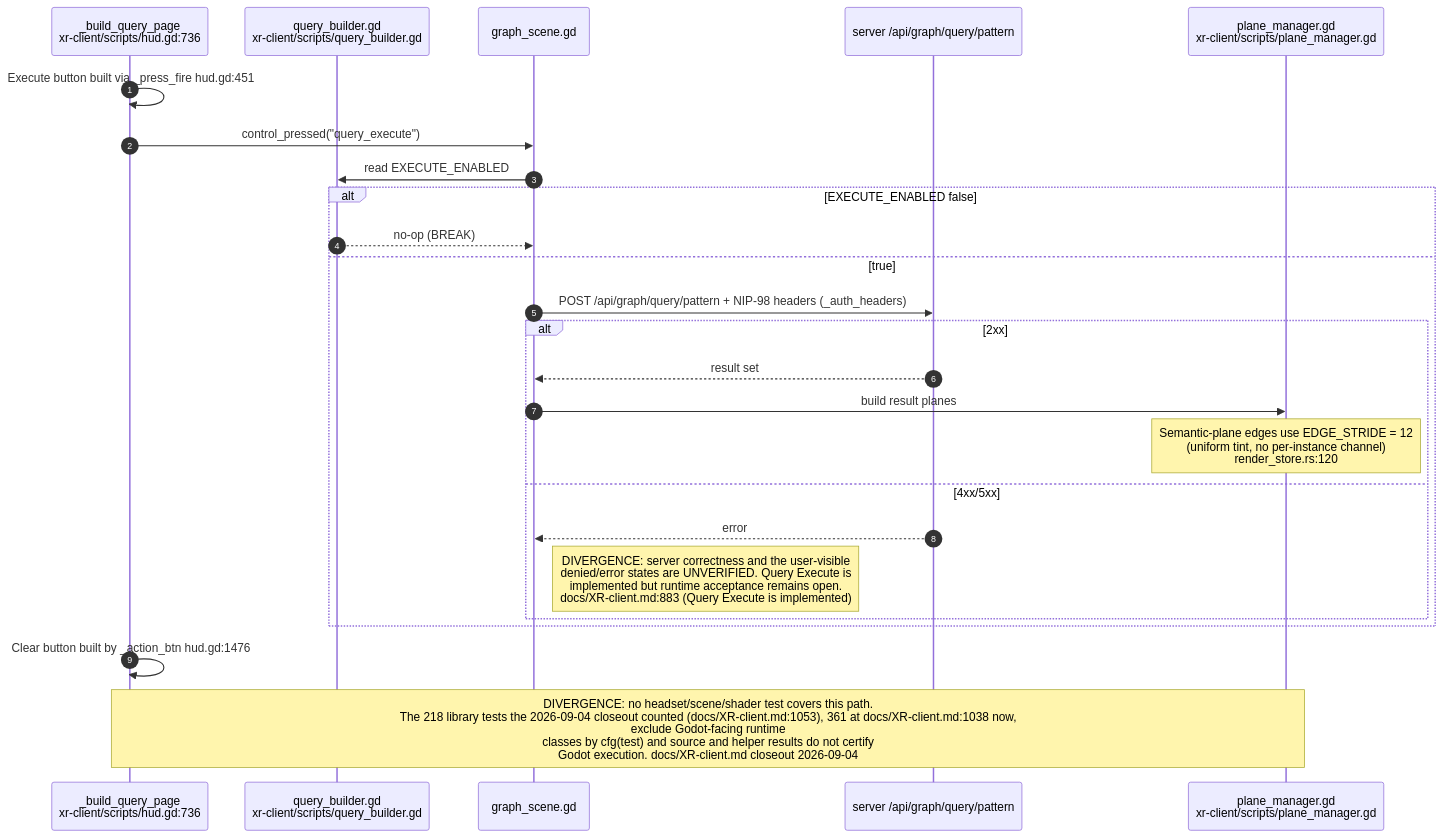
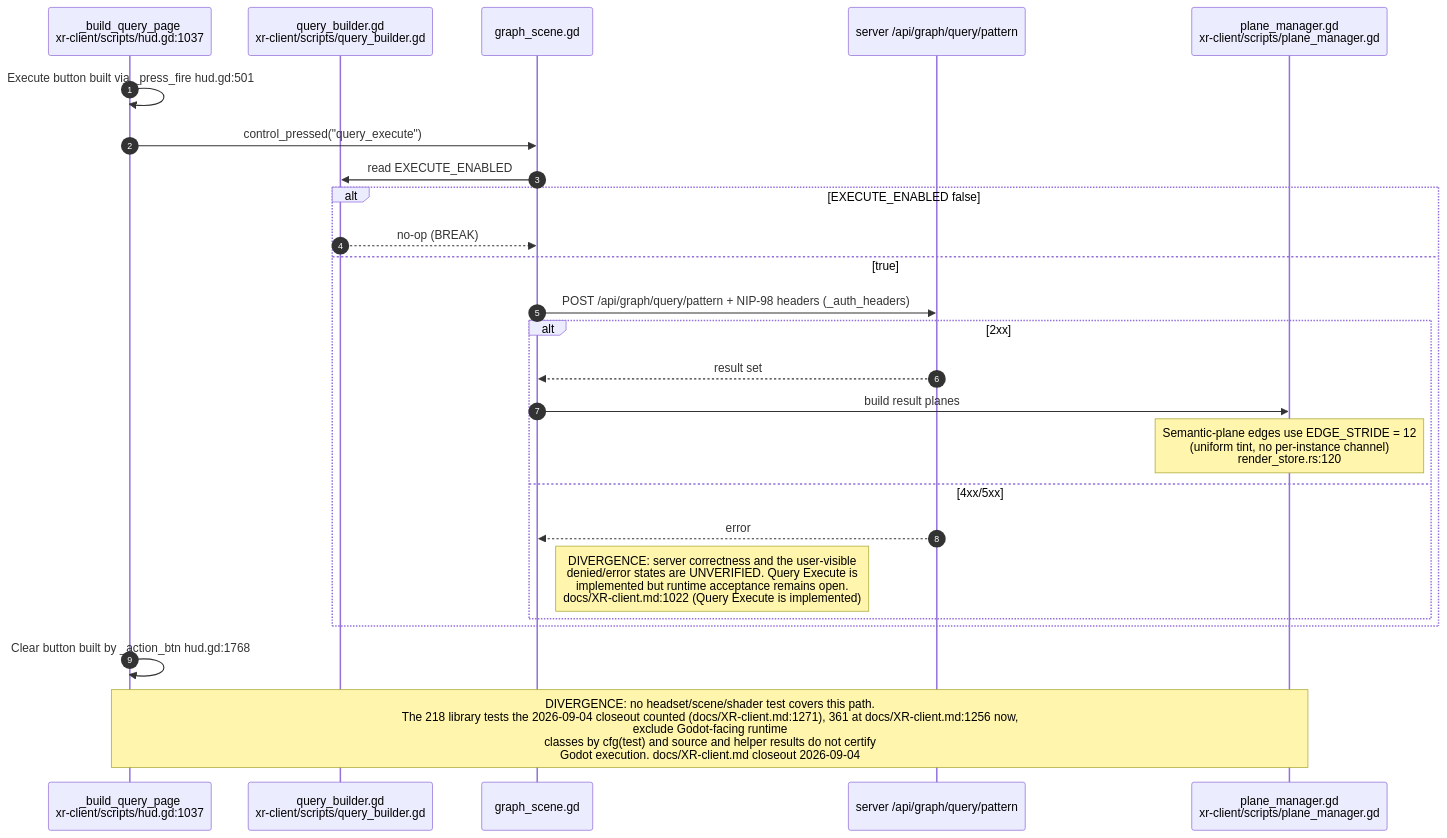
One commit to DreamLab-AI/VisionFlow changed diagram 17 of 29 in docs/diagrams/visionclaw/36-godot-xr-client.md. Above: the diagram before and after it, drawn with Mermaid. The commit also changed other lines of this file and 56 other files, not shown here.

First line of the commit message:
docs(diagrams): re-verify VisionClaw topics at ec785afa9, add VC-19/56/57 and the VisionClaw register

````diff
--- a/docs/diagrams/visionclaw/36-godot-xr-client.md
+++ b/docs/diagrams/visionclaw/36-godot-xr-client.md
@@ -885,28 +931,28 @@
 ```mermaid
 sequenceDiagram
     autonumber
-    participant HD as _build_query_page<br/>xr-client/scripts/hud.gd:736
+    participant HD as _build_query_page<br/>xr-client/scripts/hud.gd:1037
     participant QB as query_builder.gd<br/>xr-client/scripts/query_builder.gd
     participant GS as graph_scene.gd
     participant SV as server /api/graph/query/pattern
     participant PM as plane_manager.gd<br/>xr-client/scripts/plane_manager.gd
 
-    HD->>HD: Execute button built via _press_fire hud.gd:451
+    HD->>HD: Execute button built via _press_fire hud.gd:501
     HD->>GS: control_pressed("query_execute")
     GS->>QB: read EXECUTE_ENABLED
     alt EXECUTE_ENABLED false
         QB-->>GS: no-op (BREAK)
     else true
         GS->>SV: POST /api/graph/query/pattern + NIP-98 headers (_auth_headers)
         alt 2xx
             SV-->>GS: result set
             GS->>PM: build result planes
             Note over PM: Semantic-plane edges use EDGE_STRIDE = 12<br/>(uniform tint, no per-instance channel)<br/>render_store.rs:120
         else 4xx/5xx
             SV-->>GS: error
-            Note right of GS: DIVERGENCE: server correctness and the user-visible<br/>denied/error states are UNVERIFIED. Query Execute is<br/>implemented but runtime acceptance remains open.<br/>docs/XR-client.md:883 (Query Execute is implemented)
+            Note right of GS: DIVERGENCE: server correctness and the user-visible<br/>denied/error states are UNVERIFIED. Query Execute is<br/>implemented but runtime acceptance remains open.<br/>docs/XR-client.md:1022 (Query Execute is implemented)
         end
     end
-    HD->>HD: Clear button built by _action_btn hud.gd:1476
-    Note over HD,PM: DIVERGENCE: no headset/scene/shader test covers this path.<br/>The 218 library tests the 2026-09-04 closeout counted (docs/XR-client.md:1053), 361 at docs/XR-client.md:1038 now,<br/>exclude Godot-facing runtime<br/>classes by cfg(test) and source and helper results do not certify<br/>Godot execution. docs/XR-client.md closeout 2026-09-04
+    HD->>HD: Clear button built by _action_btn hud.gd:1768
+    Note over HD,PM: DIVERGENCE: no headset/scene/shader test covers this path.<br/>The 218 library tests the 2026-09-04 closeout counted (docs/XR-client.md:1271), 361 at docs/XR-client.md:1256 now,<br/>exclude Godot-facing runtime<br/>classes by cfg(test) and source and helper results do not certify<br/>Godot execution. docs/XR-client.md closeout 2026-09-04
 ```
````
